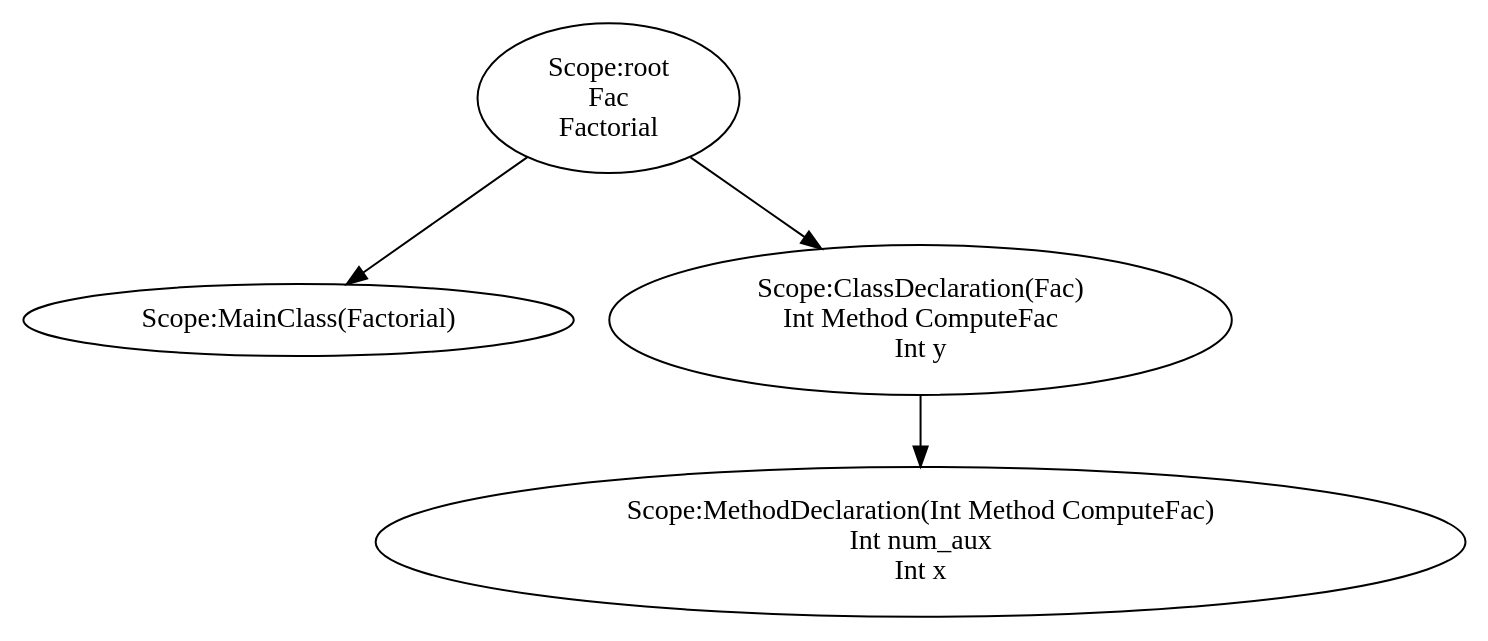
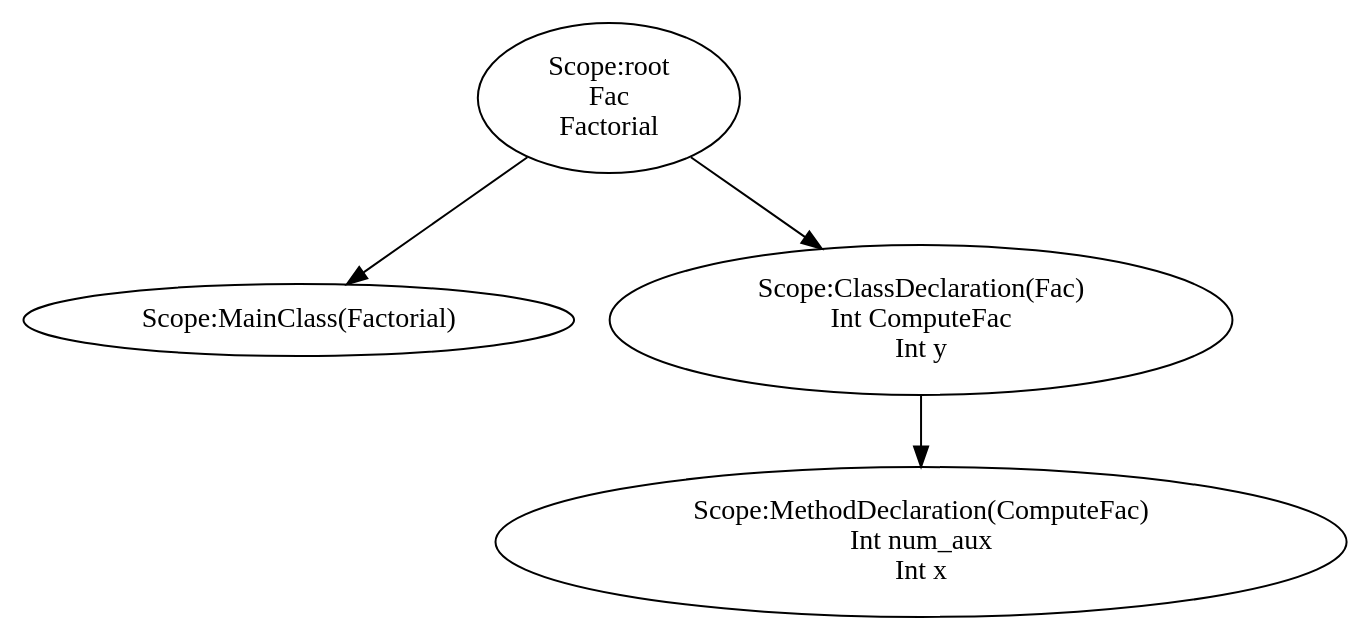
One commit to JakobAdamsson/Compiler-and-translation-technique changed the diagram in assignment2/assignment/st.dot. Above: the diagram before and after it, drawn with Graphviz. The commit also changed 12 other files, not shown here.

```diff
--- a/assignment2/assignment/st.dot
+++ b/assignment2/assignment/st.dot
@@ -1,19 +1,19 @@
 digraph {
 n0 [label="Scope:root
-Fac
-Factorial
+ Fac
+ Factorial
 "];
 n1 [label="Scope:MainClass(Factorial)
 "];
 n0 -> n1
 n2 [label="Scope:ClassDeclaration(Fac)
-Int Method ComputeFac
+Int ComputeFac
 Int y
 "];
-n3 [label="Scope:MethodDeclaration(Int Method ComputeFac)
+n3 [label="Scope:MethodDeclaration(ComputeFac)
 Int num_aux
 Int x
 "];
 n2 -> n3
 n0 -> n2
 }
```
